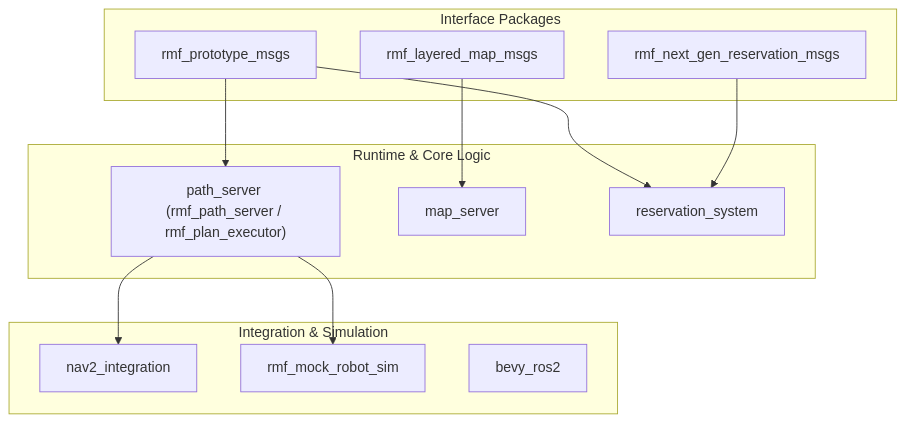
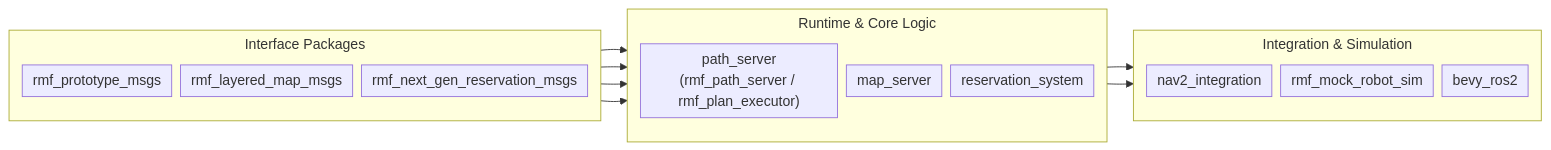
Before and after one commit to cardboardcode/ngp_docs: the first of 4 diagrams in 9403fb1/for_developers/architecture.md, drawn with Mermaid. The commit also changed other lines of this file and 2 other files, not shown here.

Commit message:
:blue_book: Update developer architecture, plan interface, and waypoint lifecycle documentation with full commit links and expanded context

````diff
--- a/9403fb1/for_developers/architecture.md
+++ b/9403fb1/for_developers/architecture.md
@@ -52,27 +60,31 @@
 ```mermaid
-graph TD
-  subgraph "Interface Packages"
+%%{init: {"flowchart": {"nodeSpacing": 10, "rankSpacing": 30, "padding": 6, "subGraphTitleMargin": {"top": 4, "bottom": 8}}, "themeCSS": ".cluster-label div { max-width: 320px !important; } .cluster-label span, .node .nodeLabel, .edgeLabel { font-size: 12px !important; }"}}%%
+flowchart LR
+  subgraph Interfaces["Interface Packages"]
+    direction TB
     MSG["rmf_prototype_msgs"]
     LMSG["rmf_layered_map_msgs"]
     RMSG["rmf_next_gen_reservation_msgs"]
   end
 
-  subgraph "Runtime & Core Logic"
-    PSV["path_server (rmf_path_server / rmf_plan_executor)"]
+  subgraph Runtime["Runtime & Core Logic"]
+    direction TB
+    PSV["path_server<br/>(rmf_path_server / rmf_plan_executor)"]
     MSV["map_server"]
     RSV["reservation_system"]
   end
 
-  subgraph "Integration & Simulation"
+  subgraph Integration["Integration & Simulation"]
+    direction TB
     NAV["nav2_integration"]
     SIM["rmf_mock_robot_sim"]
     BEVY["bevy_ros2"]
   end
 
   MSG --> PSV
   MSG --> RSV
   LMSG --> MSV
   RMSG --> RSV
   PSV --> SIM
   PSV --> NAV
 ```
````
